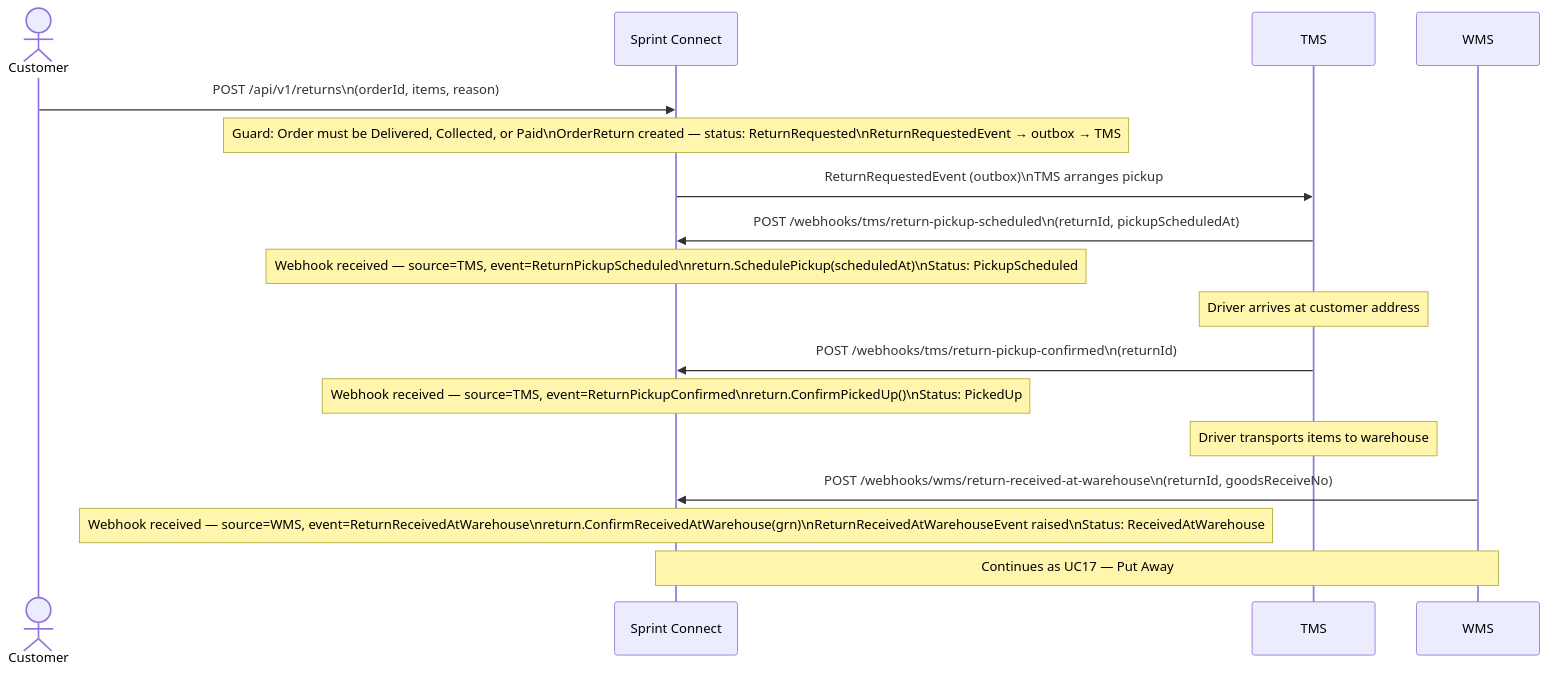
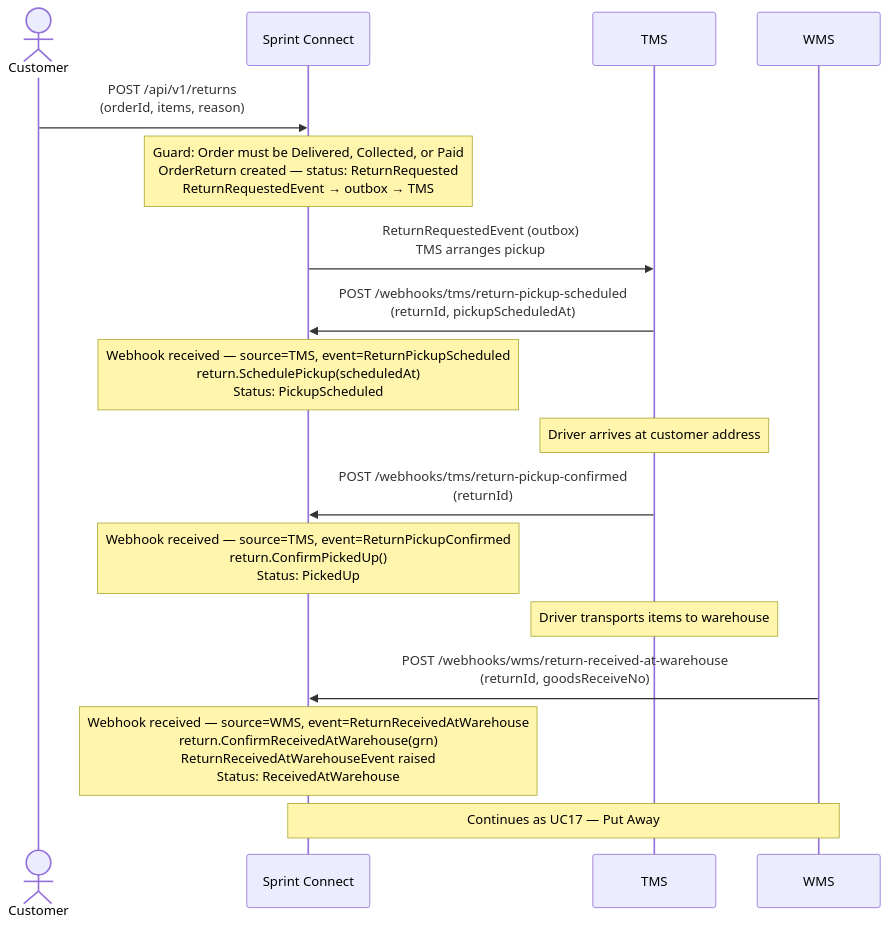
Before and after one commit to rosered11/personal-claude: diagram 13 of 24 in result/oms-sequence-diagrams.md, drawn with Mermaid. The commit also changed other lines of this file and 7 other files, not shown here.

````diff
--- a/result/oms-sequence-diagrams.md
+++ b/result/oms-sequence-diagrams.md
@@ -478,26 +478,26 @@
 ```mermaid
 sequenceDiagram
     actor C as Customer
     participant SC as Sprint Connect
     participant TMS as TMS
     participant WMS as WMS
 
-    C->>SC: POST /api/v1/returns\n(orderId, items, reason)
-    Note over SC: Guard: Order must be Delivered, Collected, or Paid\nOrderReturn created — status: ReturnRequested\nReturnRequestedEvent → outbox → TMS
+    C->>SC: POST /api/v1/returns<br>(orderId, items, reason)
+    Note over SC: Guard: Order must be Delivered, Collected, or Paid<br>OrderReturn created — status: ReturnRequested<br>ReturnRequestedEvent → outbox → TMS
 
-    SC->>TMS: ReturnRequestedEvent (outbox)\nTMS arranges pickup
+    SC->>TMS: ReturnRequestedEvent (outbox)<br>TMS arranges pickup
 
-    TMS->>SC: POST /webhooks/tms/return-pickup-scheduled\n(returnId, pickupScheduledAt)
-    Note over SC: Webhook received — source=TMS, event=ReturnPickupScheduled\nreturn.SchedulePickup(scheduledAt)\nStatus: PickupScheduled
+    TMS->>SC: POST /webhooks/tms/return-pickup-scheduled<br>(returnId, pickupScheduledAt)
+    Note over SC: Webhook received — source=TMS, event=ReturnPickupScheduled<br>return.SchedulePickup(scheduledAt)<br>Status: PickupScheduled
 
     Note over TMS: Driver arrives at customer address
-    TMS->>SC: POST /webhooks/tms/return-pickup-confirmed\n(returnId)
-    Note over SC: Webhook received — source=TMS, event=ReturnPickupConfirmed\nreturn.ConfirmPickedUp()\nStatus: PickedUp
+    TMS->>SC: POST /webhooks/tms/return-pickup-confirmed<br>(returnId)
+    Note over SC: Webhook received — source=TMS, event=ReturnPickupConfirmed<br>return.ConfirmPickedUp()<br>Status: PickedUp
 
     Note over TMS: Driver transports items to warehouse
 
-    WMS->>SC: POST /webhooks/wms/return-received-at-warehouse\n(returnId, goodsReceiveNo)
-    Note over SC: Webhook received — source=WMS, event=ReturnReceivedAtWarehouse\nreturn.ConfirmReceivedAtWarehouse(grn)\nReturnReceivedAtWarehouseEvent raised\nStatus: ReceivedAtWarehouse
+    WMS->>SC: POST /webhooks/wms/return-received-at-warehouse<br>(returnId, goodsReceiveNo)
+    Note over SC: Webhook received — source=WMS, event=ReturnReceivedAtWarehouse<br>return.ConfirmReceivedAtWarehouse(grn)<br>ReturnReceivedAtWarehouseEvent raised<br>Status: ReceivedAtWarehouse
 
     Note over SC,WMS: Continues as UC17 — Put Away
 ```
````
